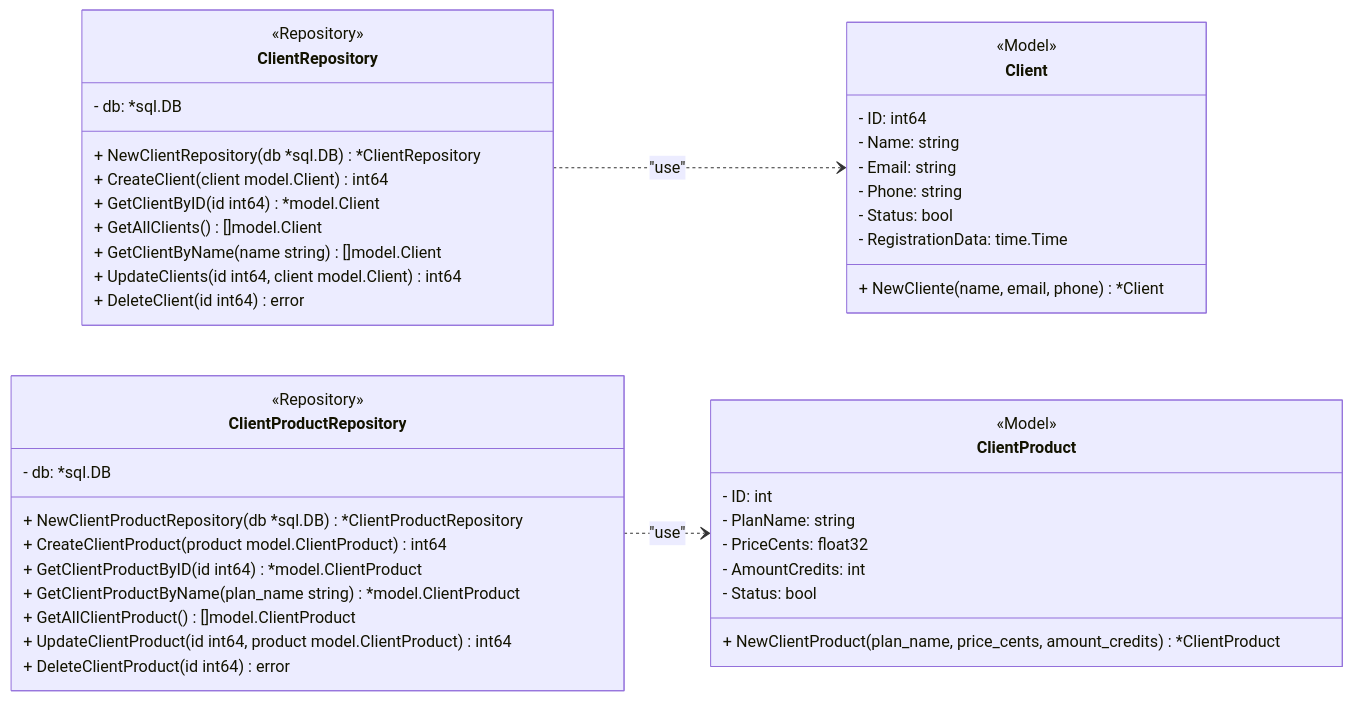
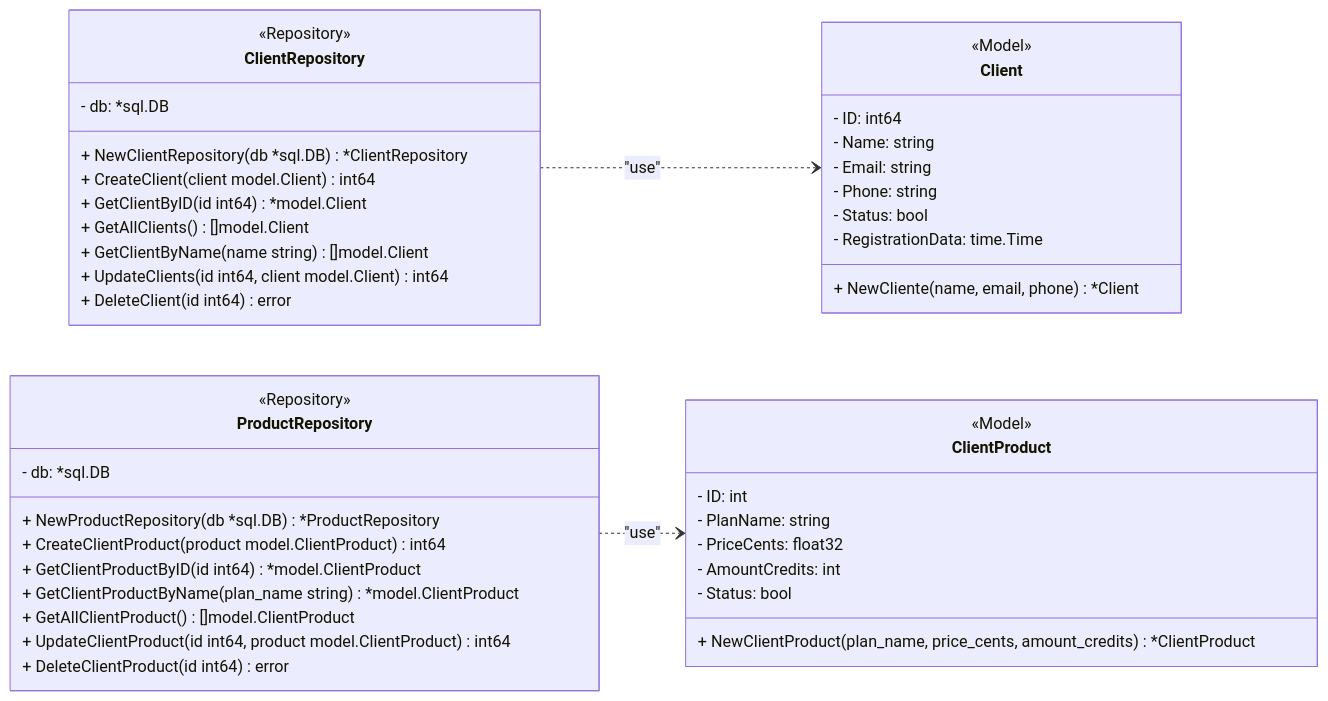
The diagram in docs/markdown.md (Enilsonn/CRUD-Postgres), drawn with Mermaid before and after one commit. The commit also changed 5 other files, not shown here.

````diff
--- a/docs/markdown.md
+++ b/docs/markdown.md
@@ -3,52 +3,52 @@
 ```mermaid
 classDiagram
     direction LR
 
     class Client {
         <<Model>>
         - ID: int64
         - Name: string
         - Email: string
         - Phone: string
         - Status: bool
         - RegistrationData: time.Time
         + NewCliente(name, email, phone) *Client
     }
 
     class ClientProduct {
         <<Model>>
         - ID: int
         - PlanName: string
         - PriceCents: float32
         - AmountCredits: int
         - Status: bool
         + NewClientProduct(plan_name, price_cents, amount_credits) *ClientProduct
     }
 
     class ClientRepository {
         <<Repository>>
         - db: *sql.DB
         + NewClientRepository(db *sql.DB) *ClientRepository
         + CreateClient(client model.Client) int64
         + GetClientByID(id int64) *model.Client
         + GetAllClients() []model.Client
         + GetClientByName(name string) []model.Client
         + UpdateClients(id int64, client model.Client) int64
         + DeleteClient(id int64) error
     }
 
-    class ClientProductRepository {
+    class ProductRepository {
         <<Repository>>
         - db: *sql.DB
-        + NewClientProductRepository(db *sql.DB) *ClientProductRepository
+        + NewProductRepository(db *sql.DB) *ProductRepository
         + CreateClientProduct(product model.ClientProduct) int64
         + GetClientProductByID(id int64) *model.ClientProduct
         + GetClientProductByName(plan_name string) *model.ClientProduct
         + GetAllClientProduct() []model.ClientProduct
         + UpdateClientProduct(id int64, product model.ClientProduct) int64
         + DeleteClientProduct(id int64) error
     }
 
     ClientRepository ..> Client : "use"
-    ClientProductRepository ..> ClientProduct : "use"
+    ProductRepository ..> ClientProduct : "use"
 ```
````
